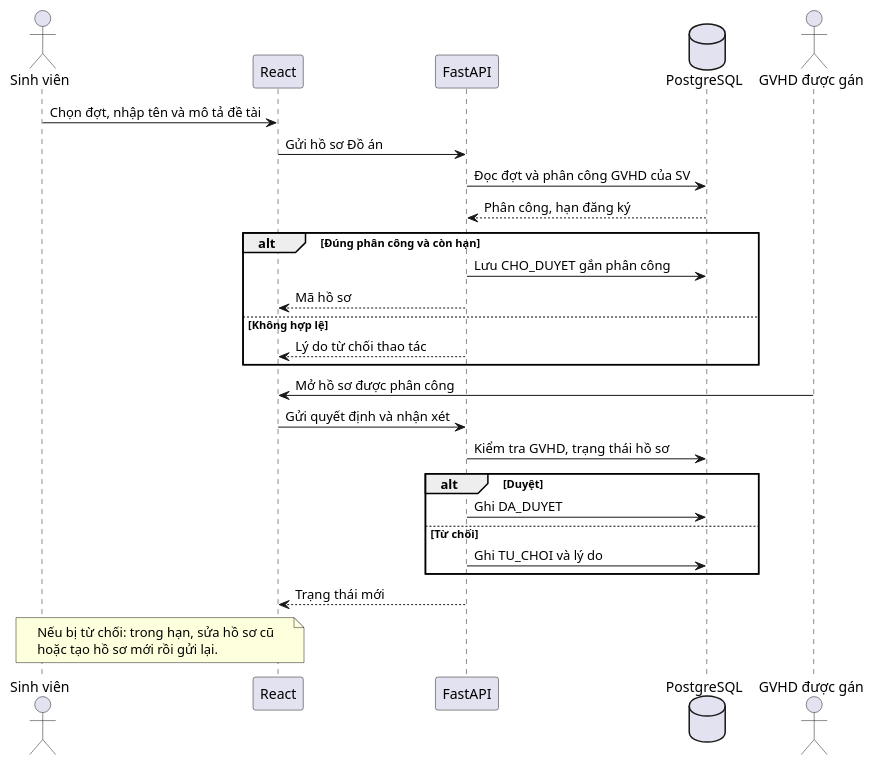
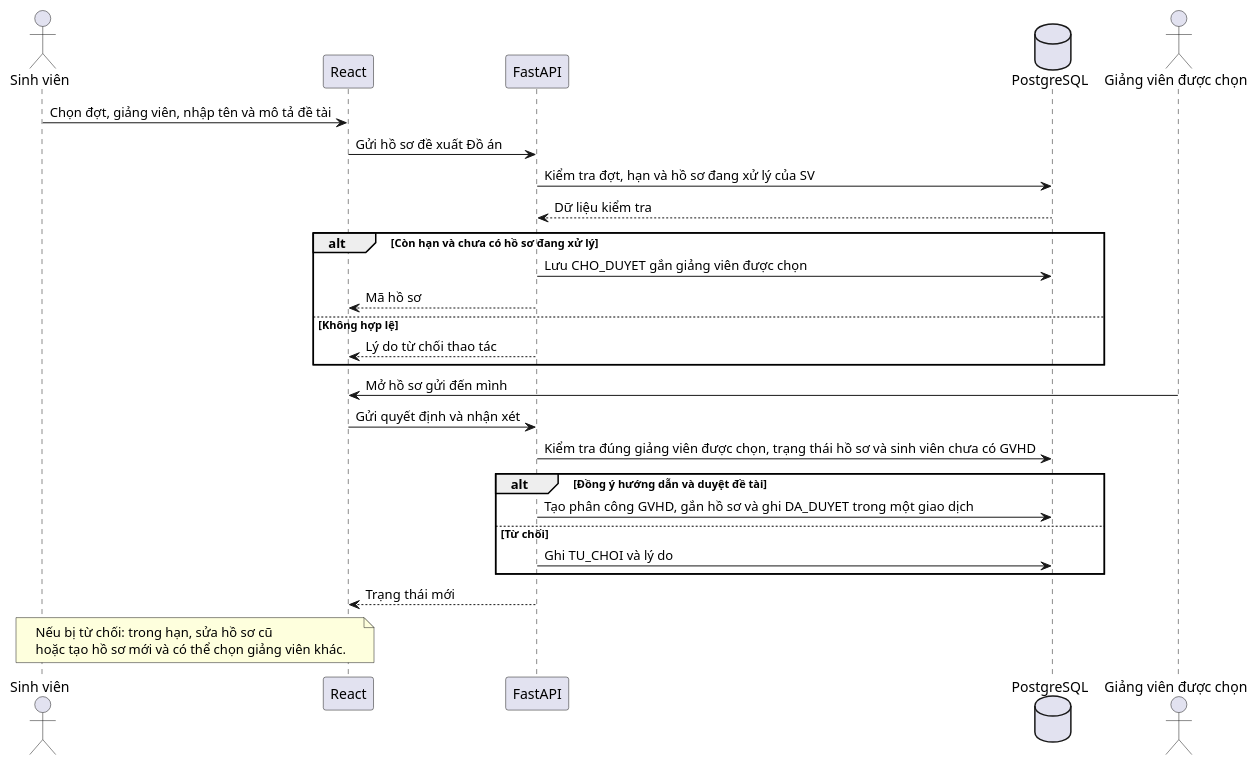
The fourth of 6 diagrams in 02-so-do-uml.md (lam-vu6868/HTQL_TieuLuan_DoAN), drawn with PlantUML before and after one commit. The commit also changed other lines of this file and 17 other files, not shown here.

Commit message:
docs: sửa lại nội dung

````diff
--- a/02-so-do-uml.md
+++ b/02-so-do-uml.md
@@ -149,29 +150,29 @@
 ```plantuml
 @startuml
 actor "Sinh viên" as SV
 participant "React" as FE
 participant "FastAPI" as API
 database "PostgreSQL" as DB
-actor "GVHD được gán" as GV
-SV -> FE: Chọn đợt, nhập tên và mô tả đề tài
-FE -> API: Gửi hồ sơ Đồ án
-API -> DB: Đọc đợt và phân công GVHD của SV
-DB --> API: Phân công, hạn đăng ký
-alt Đúng phân công và còn hạn
-  API -> DB: Lưu CHO_DUYET gắn phân công
+actor "Giảng viên được chọn" as GV
+SV -> FE: Chọn đợt, giảng viên, nhập tên và mô tả đề tài
+FE -> API: Gửi hồ sơ đề xuất Đồ án
+API -> DB: Kiểm tra đợt, hạn và hồ sơ đang xử lý của SV
+DB --> API: Dữ liệu kiểm tra
+alt Còn hạn và chưa có hồ sơ đang xử lý
+  API -> DB: Lưu CHO_DUYET gắn giảng viên được chọn
   API --> FE: Mã hồ sơ
 else Không hợp lệ
   API --> FE: Lý do từ chối thao tác
 end
-GV -> FE: Mở hồ sơ được phân công
+GV -> FE: Mở hồ sơ gửi đến mình
 FE -> API: Gửi quyết định và nhận xét
-API -> DB: Kiểm tra GVHD, trạng thái hồ sơ
-alt Duyệt
-  API -> DB: Ghi DA_DUYET
+API -> DB: Kiểm tra đúng giảng viên được chọn, trạng thái hồ sơ và sinh viên chưa có GVHD
+alt Đồng ý hướng dẫn và duyệt đề tài
+  API -> DB: Tạo phân công GVHD, gắn hồ sơ và ghi DA_DUYET trong một giao dịch
 else Từ chối
   API -> DB: Ghi TU_CHOI và lý do
 end
 API --> FE: Trạng thái mới
-note over SV,FE: Nếu bị từ chối: trong hạn, sửa hồ sơ cũ\nhoặc tạo hồ sơ mới rồi gửi lại.
+note over SV,FE: Nếu bị từ chối: trong hạn, sửa hồ sơ cũ\nhoặc tạo hồ sơ mới và có thể chọn giảng viên khác.
 @enduml
 ```
````
